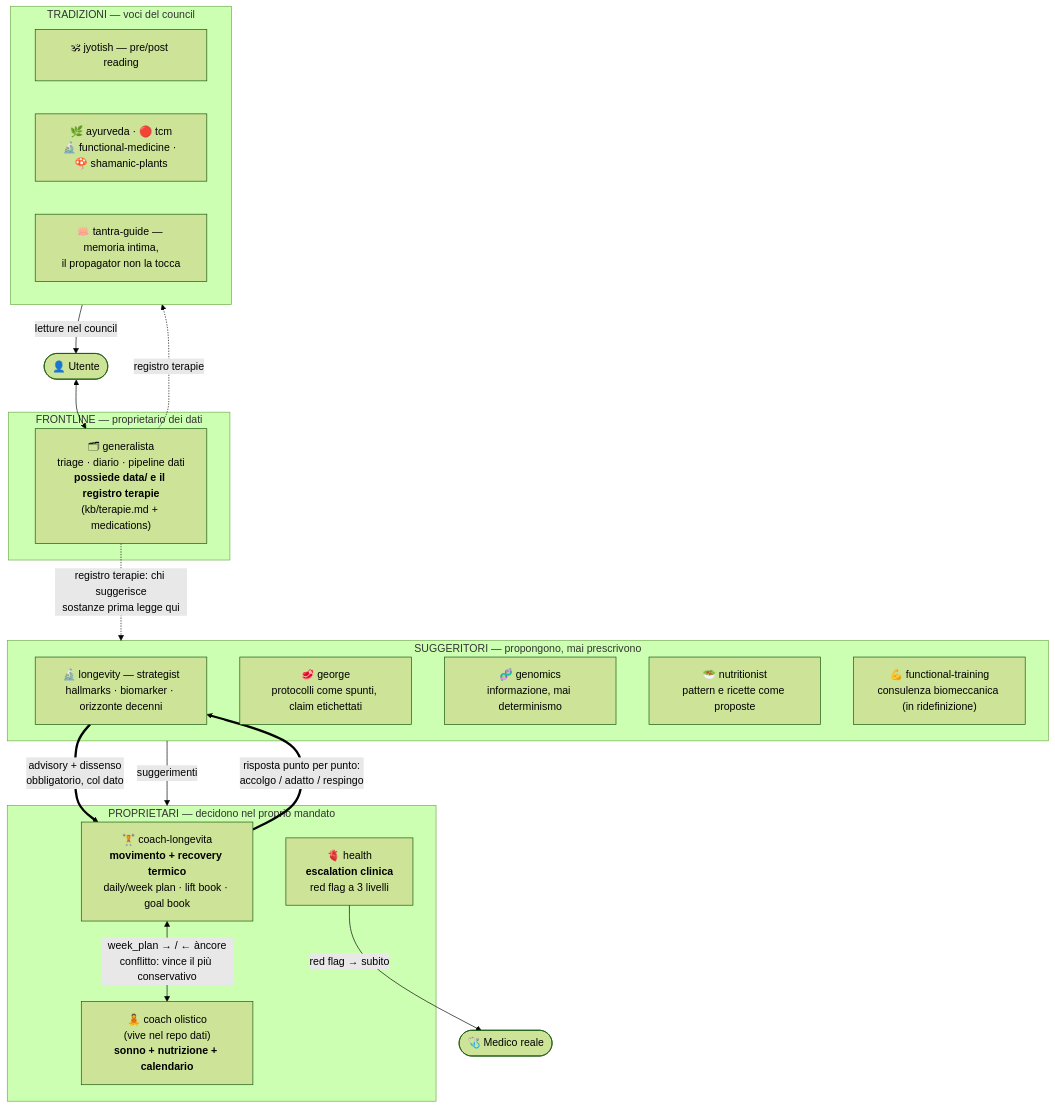
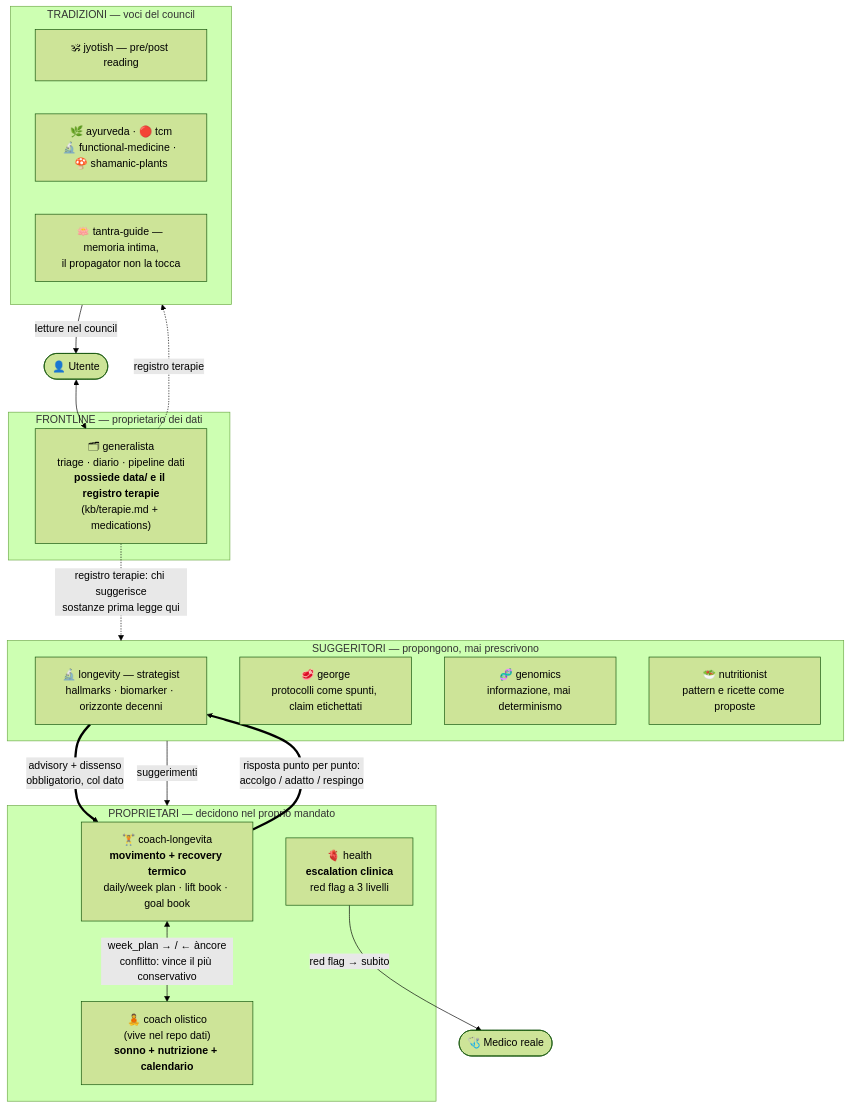
The diagram in README.md (fmondora/wellness-agents), drawn with Mermaid (forest theme) before and after one commit. The commit also changed other lines of this file and 8 other files, not shown here.

First line of the commit message:
refactor(marketplace): ritirato functional-training — il movimento è del coach

````diff
--- a/README.md
+++ b/README.md
@@ -123,39 +122,38 @@
 ```mermaid
 flowchart TB
     U(["👤 Utente"])
     MED(["🩺 Medico reale"])
 
     subgraph FRONTLINE["FRONTLINE — proprietario dei dati"]
         GEN["🗂 generalista<br/>triage · diario · pipeline dati<br/><b>possiede data/ e il registro terapie</b><br/>(kb/terapie.md + medications)"]
     end
 
     subgraph OWNERS["PROPRIETARI — decidono nel proprio mandato"]
         COACH["🏋️ coach-longevita<br/><b>movimento + recovery termico</b><br/>daily/week plan · lift book · goal book"]
         OLI["🧘 coach olistico<br/>(vive nel repo dati)<br/><b>sonno + nutrizione + calendario</b>"]
         HEALTH["🫀 health<br/><b>escalation clinica</b><br/>red flag a 3 livelli"]
     end
 
     subgraph ADVISORS["SUGGERITORI — propongono, mai prescrivono"]
         LONG["🔬 longevity — strategist<br/>hallmarks · biomarker · orizzonte decenni"]
         GEO["🥩 george<br/>protocolli come spunti, claim etichettati"]
         DNA["🧬 genomics<br/>informazione, mai determinismo"]
         NUT["🥗 nutritionist<br/>pattern e ricette come proposte"]
-        FT["💪 functional-training<br/>consulenza biomeccanica (in ridefinizione)"]
     end
 
     subgraph COUNCIL["TRADIZIONI — voci del council"]
         JYO["🕉 jyotish — pre/post reading"]
         TRAD["🌿 ayurveda · 🔴 tcm<br/>🔬 functional-medicine · 🍄 shamanic-plants"]
         TAN["🪷 tantra-guide — memoria intima,<br/>il propagator non la tocca"]
     end
 
     U <--> GEN
     GEN -. "registro terapie: chi suggerisce<br/>sostanze prima legge qui" .-> ADVISORS
     GEN -. "registro terapie" .-> COUNCIL
     LONG ==>|"advisory + dissenso<br/>obbligatorio, col dato"| COACH
     COACH ==>|"risposta punto per punto:<br/>accolgo / adatto / respingo"| LONG
     COACH <-->|"week_plan → / ← àncore<br/>conflitto: vince il più conservativo"| OLI
     ADVISORS -->|"suggerimenti"| OWNERS
     COUNCIL -->|"letture nel council"| U
     HEALTH -->|"red flag → subito"| MED
 ```
````
